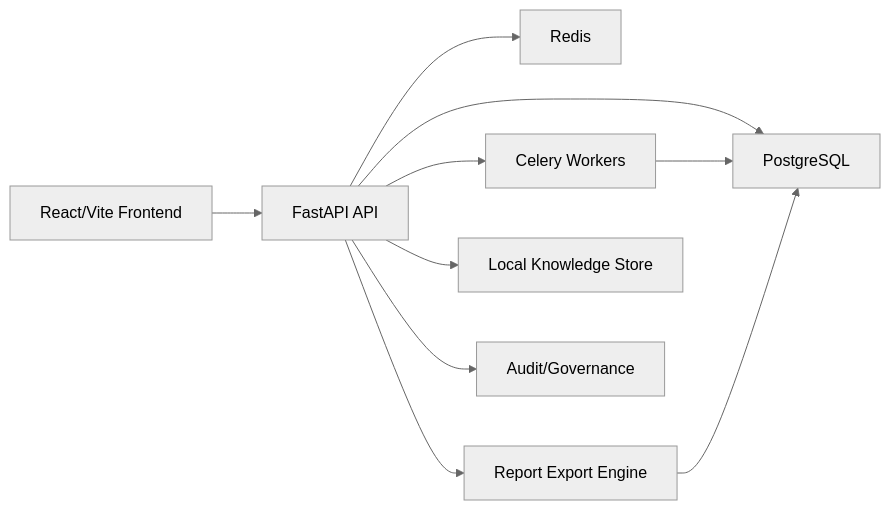
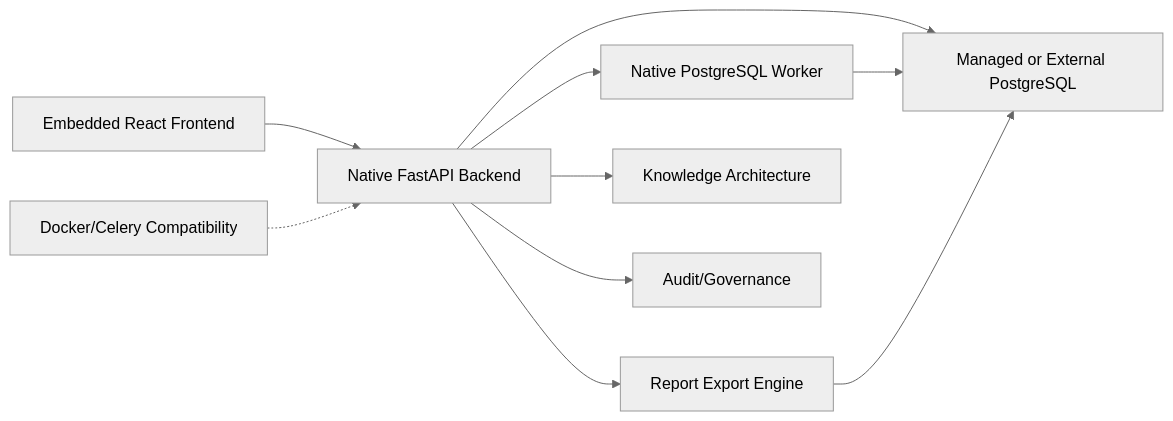
Before and after one commit to Snowwiy/ai-osint-platform: the diagram in README.md, drawn with Mermaid (neutral theme). The commit also changed other lines of this file and 30 other files, not shown here.

Commit message:
Phase 5BN: finalize Docker-optional native desktop runtime

````diff
--- a/README.md
+++ b/README.md
@@ -164,12 +81,12 @@
 ```mermaid
 flowchart LR
-    UI["React/Vite Frontend"] --> API["FastAPI API"]
-    API --> DB["PostgreSQL"]
-    API --> Redis["Redis"]
-    API --> Workers["Celery Workers"]
+    UI["Embedded React Frontend"] --> API["Native FastAPI Backend"]
+    API --> DB["Managed or External PostgreSQL"]
+    API --> Worker["Native PostgreSQL Worker"]
     API --> Reports["Report Export Engine"]
-    API --> Knowledge["Local Knowledge Store"]
+    API --> Knowledge["Knowledge Architecture"]
     API --> Audit["Audit/Governance"]
-    Workers --> DB
+    Worker --> DB
     Reports --> DB
+    Compat["Docker/Celery Compatibility"] -.-> API
 ```
````
